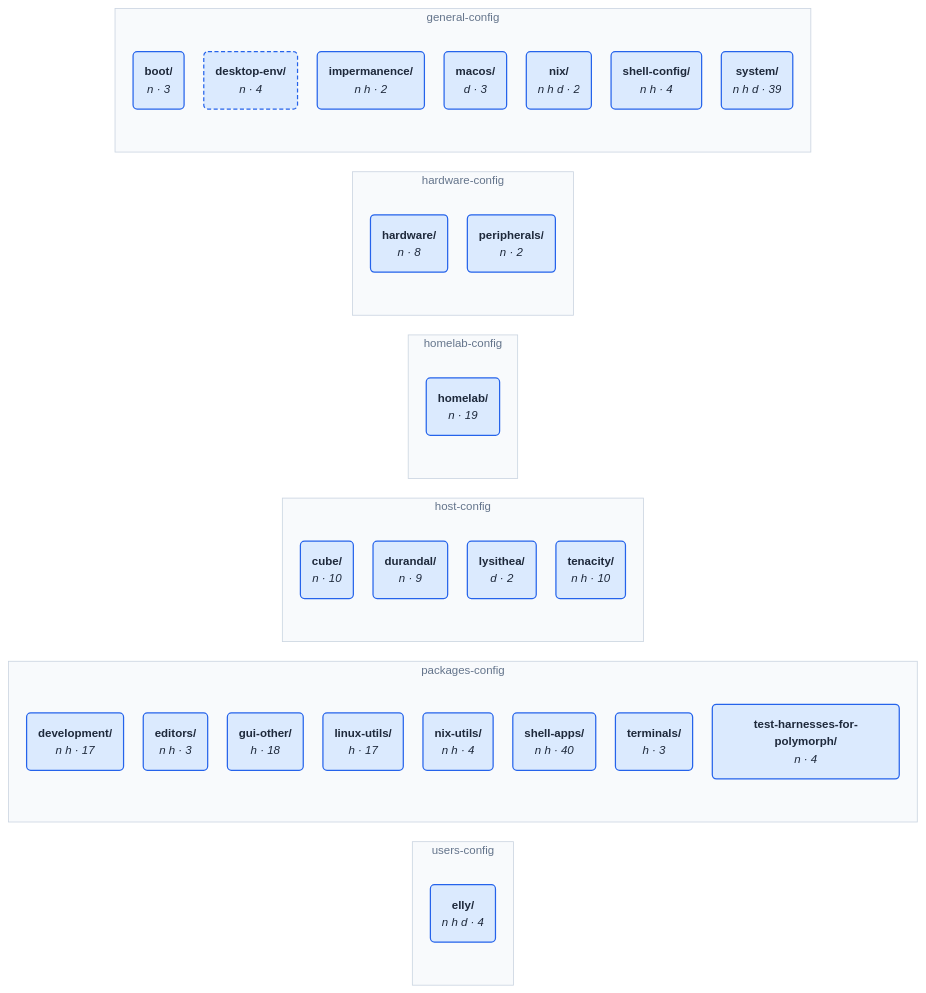
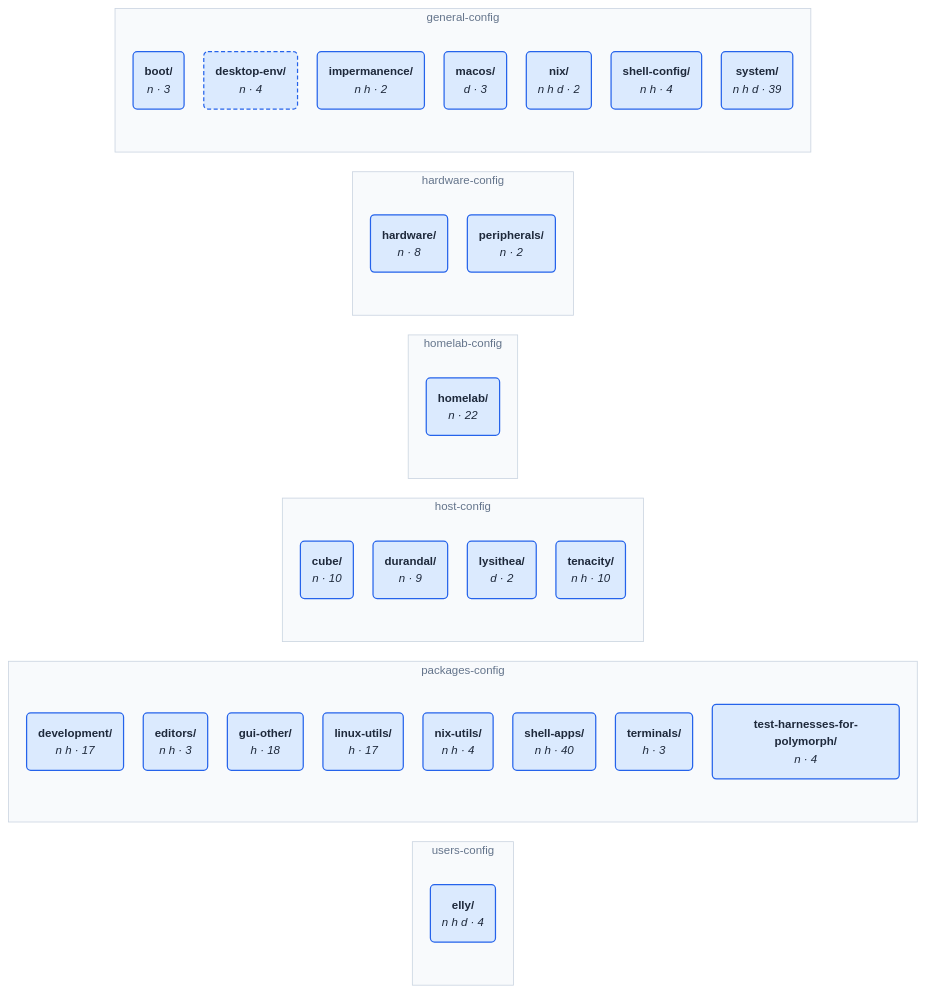
One commit to NireBryce/nixos-configs changed the diagram in wiki/config-structure/architecture.md. Above: the diagram before and after it, drawn with Mermaid. The commit also changed 10 other files, not shown here.

````diff
--- a/wiki/config-structure/architecture.md
+++ b/wiki/config-structure/architecture.md
@@ -98,55 +98,55 @@
 ```mermaid
 %%{init: {"theme": "base", "themeVariables": {"fontFamily": "ui-sans-serif, system-ui, sans-serif", "fontSize": "14px", "lineColor": "#94a3b8"}, "flowchart": {"curve": "basis", "nodeSpacing": 24, "rankSpacing": 80, "padding": 14}}}%%
 flowchart LR
     subgraph g0["users-config"]
         n28("<b>elly/</b><br/><i>n h d · 4</i>")
     end
     subgraph g1["packages-config"]
         n20("<b>development/</b><br/><i>n h · 17</i>")
         n21("<b>editors/</b><br/><i>n h · 3</i>")
         n22("<b>gui-other/</b><br/><i>h · 18</i>")
         n23("<b>linux-utils/</b><br/><i>h · 17</i>")
         n24("<b>nix-utils/</b><br/><i>n h · 4</i>")
         n25("<b>shell-apps/</b><br/><i>n h · 40</i>")
         n26("<b>terminals/</b><br/><i>h · 3</i>")
         n27("<b>test-harnesses-for-polymorph/</b><br/><i>n · 4</i>")
     end
     subgraph g2["host-config"]
         n16("<b>cube/</b><br/><i>n · 10</i>")
         n17("<b>durandal/</b><br/><i>n · 9</i>")
         n18("<b>lysithea/</b><br/><i>d · 2</i>")
         n19("<b>tenacity/</b><br/><i>n h · 10</i>")
     end
     subgraph g3["homelab-config"]
-        n15("<b>homelab/</b><br/><i>n · 19</i>")
+        n15("<b>homelab/</b><br/><i>n · 22</i>")
     end
     subgraph g4["hardware-config"]
         n13("<b>hardware/</b><br/><i>n · 8</i>")
         n14("<b>peripherals/</b><br/><i>n · 2</i>")
     end
     subgraph g5["general-config"]
         n6("<b>boot/</b><br/><i>n · 3</i>")
         n7("<b>desktop-env/</b><br/><i>n · 4</i>")
         n8("<b>impermanence/</b><br/><i>n h · 2</i>")
         n9("<b>macos/</b><br/><i>d · 3</i>")
         n10("<b>nix/</b><br/><i>n h d · 2</i>")
         n11("<b>shell-config/</b><br/><i>n h · 4</i>")
         n12("<b>system/</b><br/><i>n h d · 39</i>")
     end
     style g0 fill:#f8fafc,stroke:#cbd5e1,color:#64748b
     style g1 fill:#f8fafc,stroke:#cbd5e1,color:#64748b
     style g2 fill:#f8fafc,stroke:#cbd5e1,color:#64748b
     style g3 fill:#f8fafc,stroke:#cbd5e1,color:#64748b
     style g4 fill:#f8fafc,stroke:#cbd5e1,color:#64748b
     style g5 fill:#f8fafc,stroke:#cbd5e1,color:#64748b
     classDef area fill:#f8fafc,stroke:#cbd5e1,color:#1e293b,stroke-width:1.5px
     classDef category fill:#dbeafe,stroke:#2563eb,color:#1e293b,stroke-width:1.5px
     classDef folder fill:#f1f5f9,stroke:#94a3b8,color:#1e293b,stroke-width:1.5px
     classDef module fill:#ffffff,stroke:#94a3b8,color:#1e293b,stroke-width:1.5px
     classDef aggregate fill:#ffffff,stroke:#f59e0b,color:#1e293b,stroke-width:1.5px
     classDef missing fill:#fee2e2,stroke:#ef4444,color:#1e293b,stroke-width:1.5px
     classDef orphan fill:#fff1f2,stroke:#e11d48,color:#1e293b,stroke-width:2.5px
     classDef bymodule stroke-dasharray:5 3
     class n6,n7,n8,n9,n10,n11,n12,n13,n14,n15,n16,n17,n18,n19,n20,n21,n22,n23,n24,n25,n26,n27,n28 category
     class n7 bymodule
 ```
````
